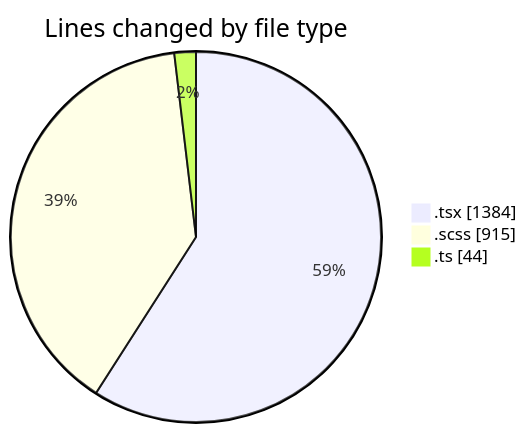
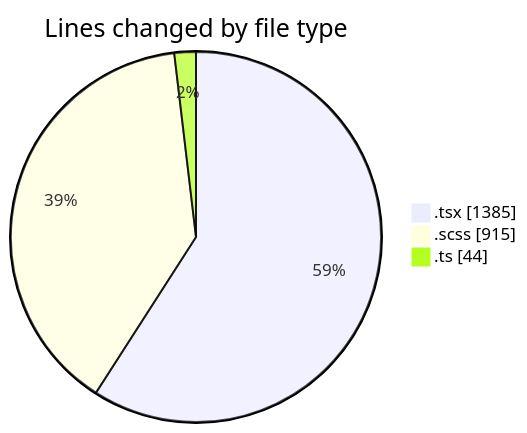
The first of 2 diagrams in 2025-03-27/cda/README.md (momahboobian/code-tracking), drawn with Mermaid before and after one commit. The commit also changed other lines of this file and 1 other file, not shown here.

````diff
--- a/2025-03-27/cda/README.md
+++ b/2025-03-27/cda/README.md
@@ -29,7 +29,7 @@
 ```mermaid
 pie showData
 title Lines changed by file type
-".tsx" : 1384
+".tsx" : 1385
 ".scss" : 915
 ".ts" : 44
 ```
````
